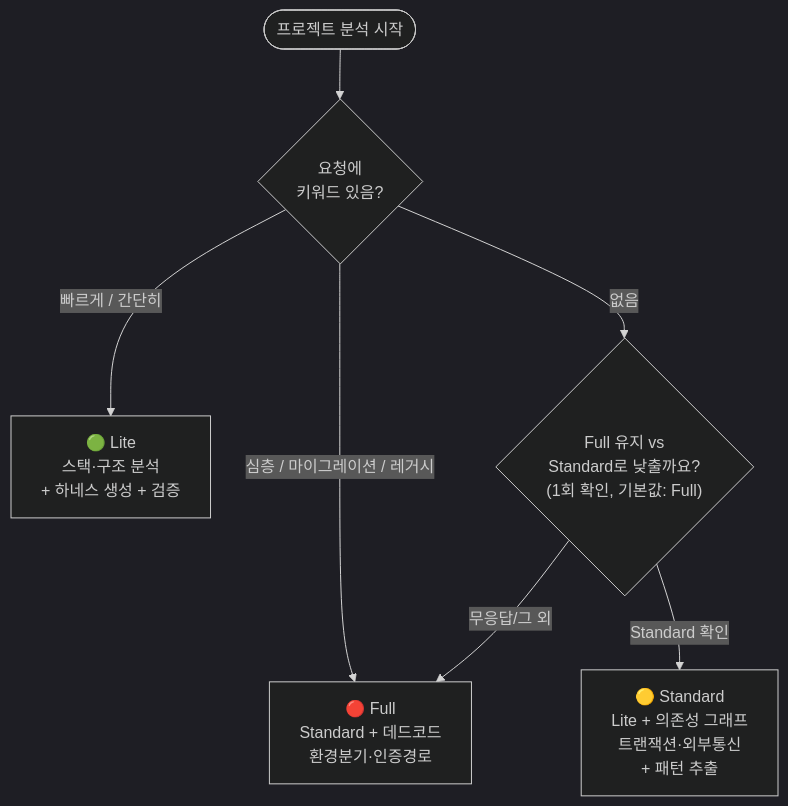
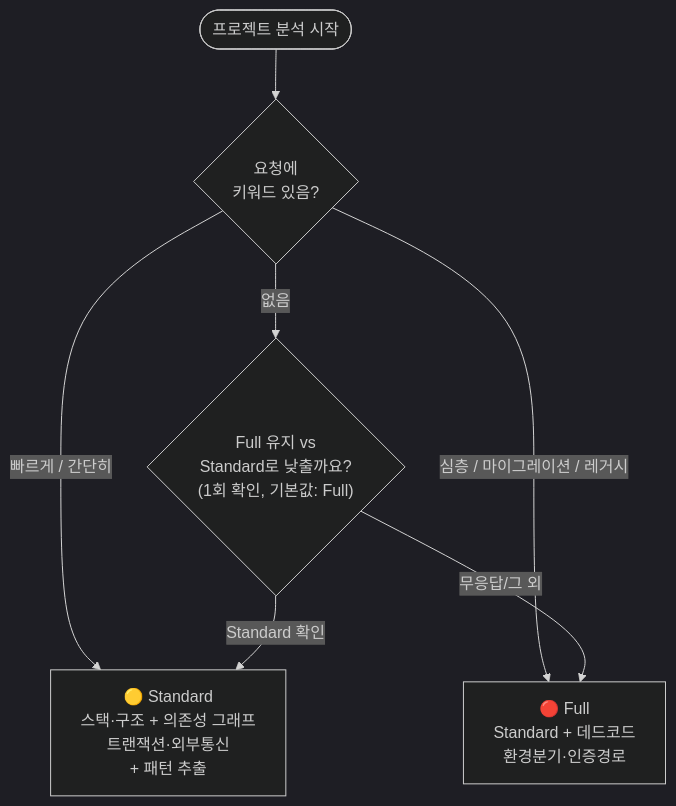
Before and after one commit to Malburi/ax_std_new: the second of 3 diagrams in README.md, drawn with Mermaid (dark theme). The commit also changed other lines of this file and 7 other files, not shown here.

First line of the commit message:
feat: Lite Tier 폐지 — Standard/Full 2-Tier로 단순화

````diff
--- a/README.md
+++ b/README.md
@@ -120,15 +120,14 @@
 ```mermaid
 flowchart TD
     Start([프로젝트 분석 시작]) --> KW{요청에\n키워드 있음?}
 
-    KW -->|"빠르게 / 간단히"| Lite
+    KW -->|"빠르게 / 간단히"| Standard
     KW -->|"심층 / 마이그레이션 / 레거시"| Full
     KW -->|없음| Ask{"Full 유지 vs\nStandard로 낮출까요?\n(1회 확인, 기본값: Full)"}
 
     Ask -->|"Standard 확인"| Standard
     Ask -->|무응답/그 외| Full
 
-    Lite["🟢 Lite\n스택·구조 분석\n+ 하네스 생성 + 검증"]
-    Standard["🟡 Standard\nLite + 의존성 그래프\n트랜잭션·외부통신\n+ 패턴 추출"]
+    Standard["🟡 Standard\n스택·구조 + 의존성 그래프\n트랜잭션·외부통신\n+ 패턴 추출"]
     Full["🔴 Full\nStandard + 데드코드\n환경분기·인증경로"]
 ```
````
